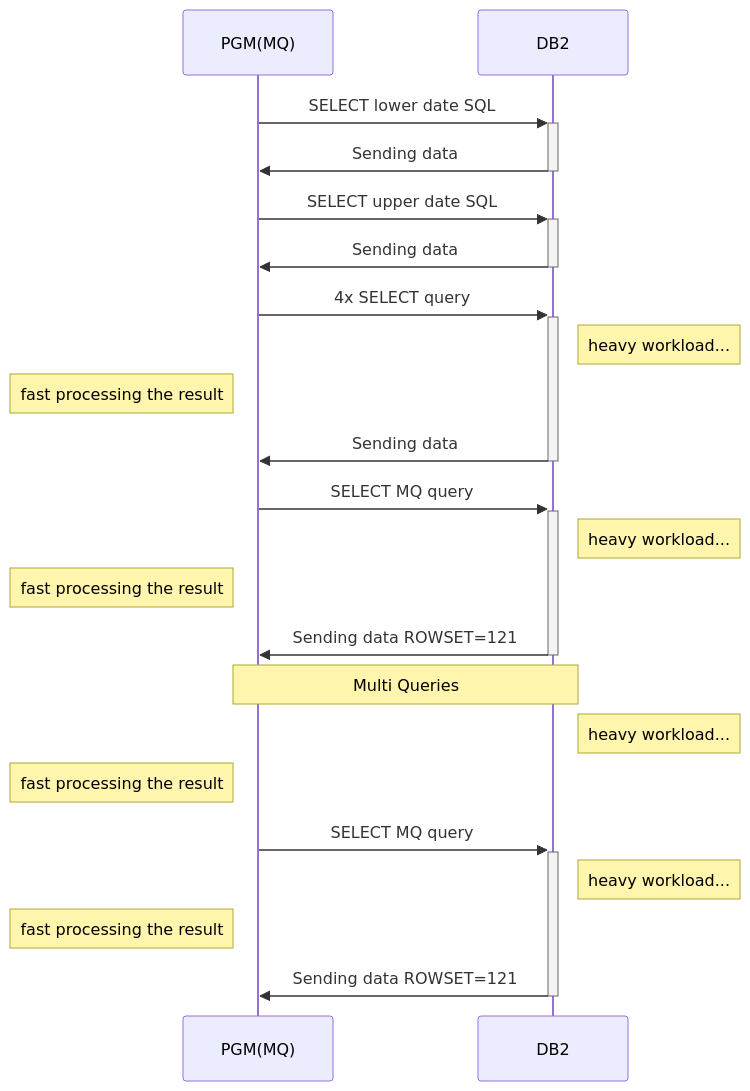
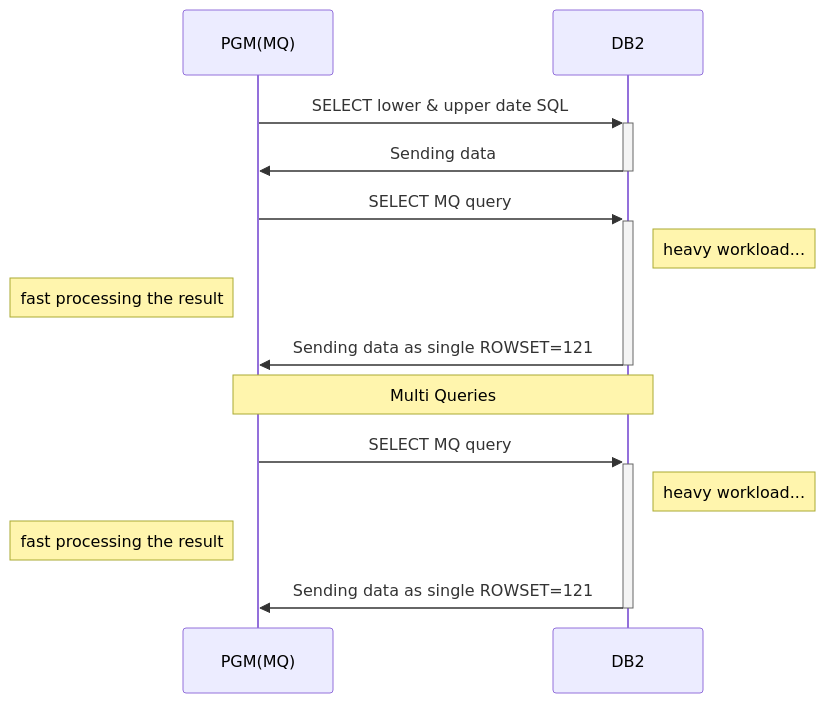
Before and after one commit to pak-center/ncitizen: the second of 2 diagrams in README.md, drawn with Mermaid.

````diff
--- a/README.md
+++ b/README.md
@@ -73,22 +73,14 @@
 ```mermaid
     sequenceDiagram
-    PGM(MQ)->>+DB2: SELECT lower date SQL
-    DB2->>-PGM(MQ): Sending data
-    PGM(MQ)->>+DB2: SELECT upper date SQL
-    DB2->>-PGM(MQ): Sending data
-    PGM(MQ)->>+DB2: 4x SELECT query
-    Note right of DB2: heavy workload...
-    Note left of PGM(MQ):fast processing the result
+    PGM(MQ)->>+DB2: SELECT lower & upper date SQL
     DB2->>-PGM(MQ): Sending data
     PGM(MQ)->>+DB2: SELECT MQ query
     Note right of DB2: heavy workload...
     Note left of PGM(MQ):fast processing the result
-    DB2->>-PGM(MQ): Sending data ROWSET=121
+    DB2->>-PGM(MQ): Sending data as single ROWSET=121
     Note over PGM(MQ),DB2:Multi Queries
-    Note right of DB2: heavy workload...
-    Note left of PGM(MQ):fast processing the result
     PGM(MQ)->>+DB2: SELECT MQ query
     Note right of DB2: heavy workload...
     Note left of PGM(MQ):fast processing the result
-    DB2->>-PGM(MQ): Sending data ROWSET=121    
+    DB2->>-PGM(MQ): Sending data as single ROWSET=121    
 ```
````
